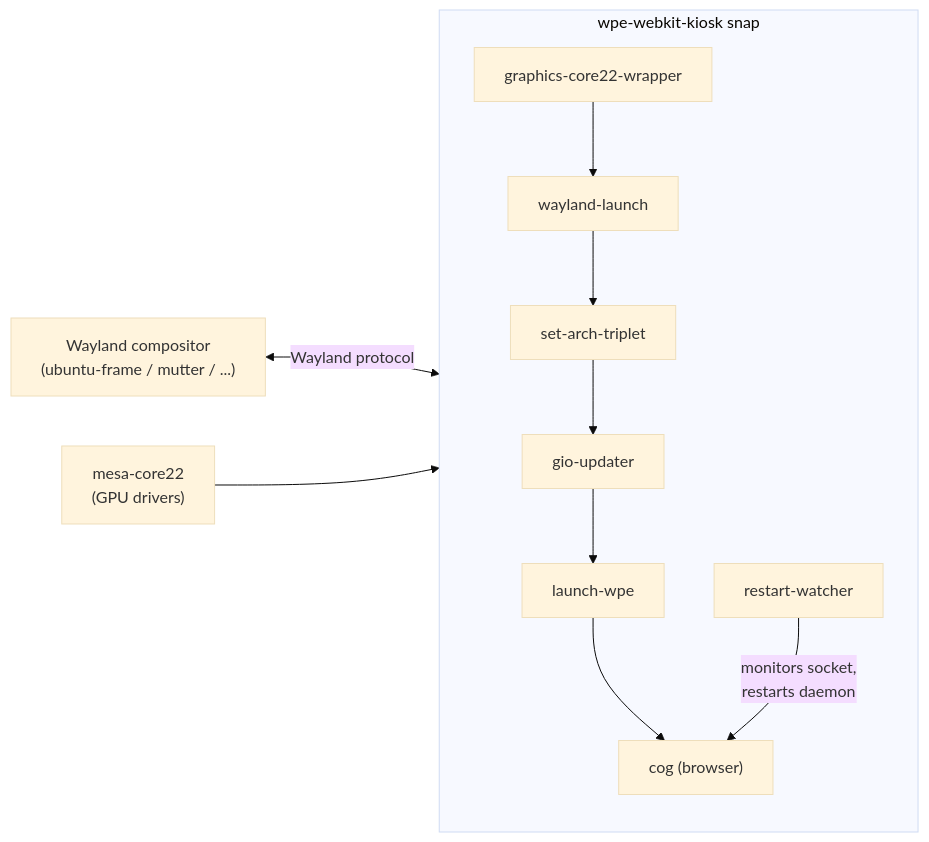
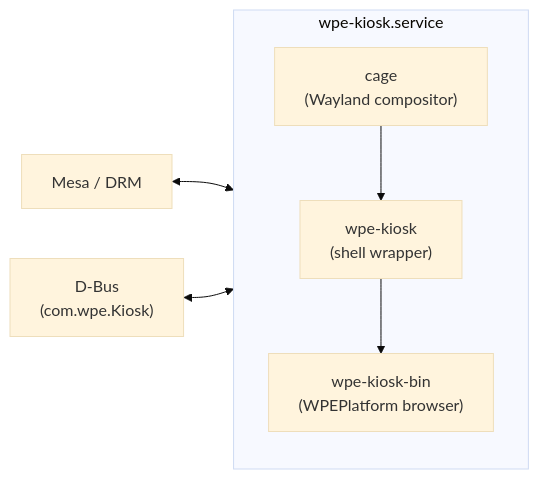
The first of 2 diagrams in README.md (tomasz-mizak/wpe-webkit-kiosk), drawn with Mermaid (base theme) before and after one commit. The commit also changed other lines of this file, not shown here.

First line of the commit message:
docs: rewrite README for Deb/WPEPlatform architecture

````diff
--- a/README.md
+++ b/README.md
@@ -17,19 +15,14 @@
 ```mermaid
 flowchart LR
-    subgraph Snap["wpe-webkit-kiosk snap"]
+    subgraph Service["wpe-kiosk.service"]
         direction TB
-        GFX[graphics-core22-wrapper]
-        WL[wayland-launch]
-        ARCH[set-arch-triplet]
-        GIO[gio-updater]
-        LAUNCH[launch-wpe]
-        COG["cog (browser)"]
-        WATCH[restart-watcher]
+        CAGE["cage\n(Wayland compositor)"]
+        WRAPPER["wpe-kiosk\n(shell wrapper)"]
+        BIN["wpe-kiosk-bin\n(WPEPlatform browser)"]
 
-        GFX --> WL --> ARCH --> GIO --> LAUNCH --> COG
+        CAGE --> WRAPPER --> BIN
     end
 
-    Compositor["Wayland compositor\n(ubuntu-frame / mutter / ...)"] <--> |Wayland protocol| WL
-    Mesa["mesa-core22\n(GPU drivers)"] --> GFX
-    WATCH -->|monitors socket,\nrestarts daemon| COG
+    GPU["Mesa / DRM"] <--> CAGE
+    DBUS["D-Bus\n(com.wpe.Kiosk)"] <--> BIN
 ```
````
